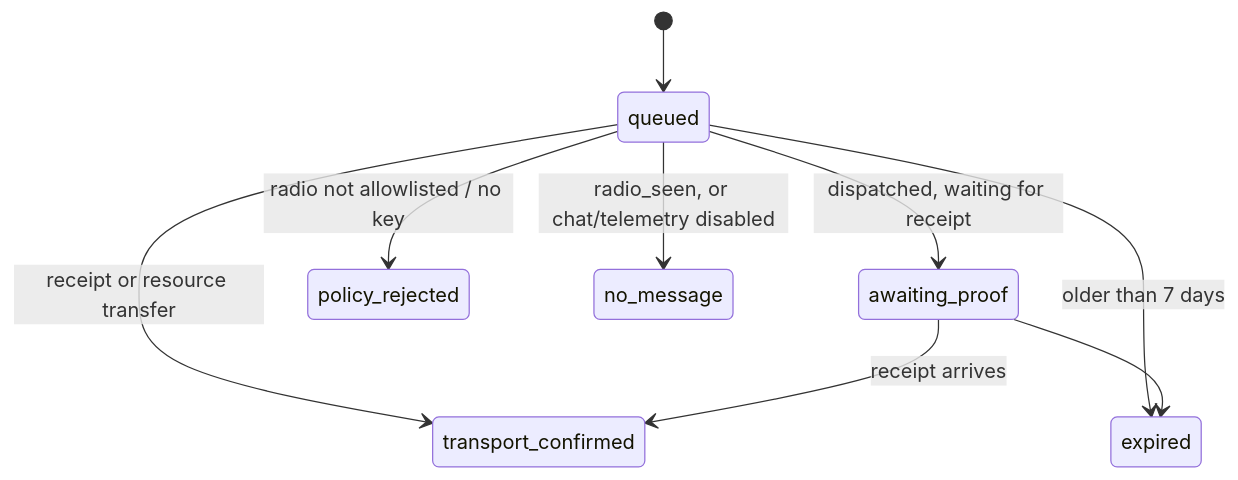
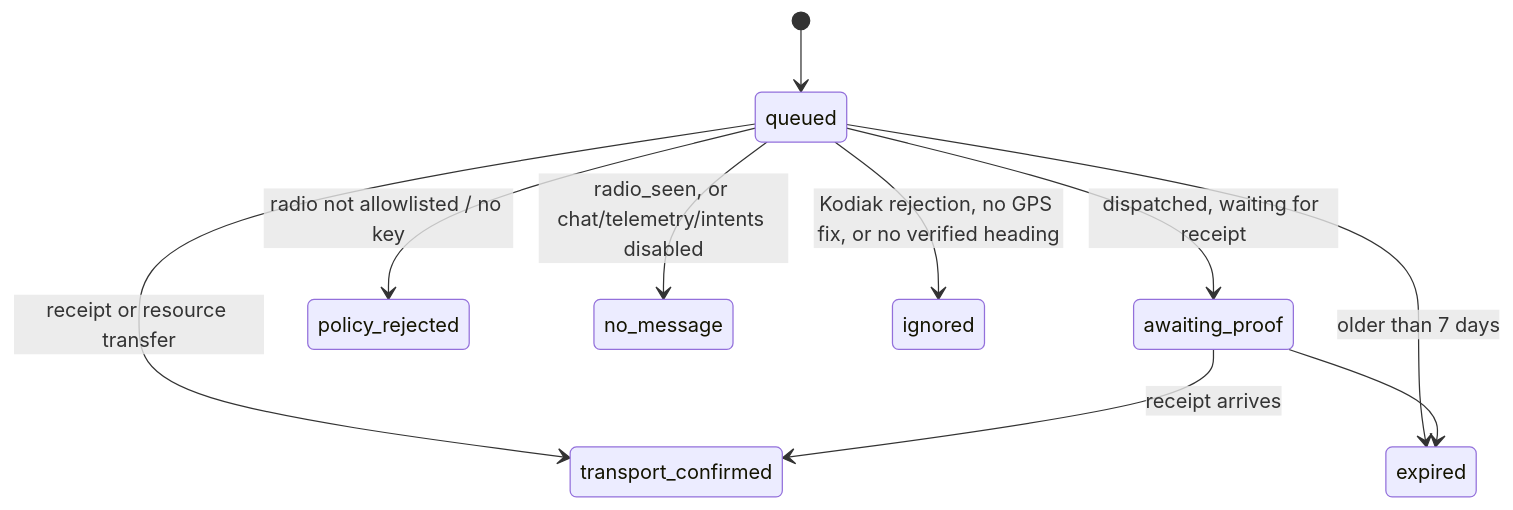
Before and after one commit to FreeTAKTeam/sigil: the third of 3 diagrams in docs/developer-guide.md, drawn with Mermaid. The commit also changed other lines of this file and 60 other files, not shown here.

````diff
--- a/docs/developer-guide.md
+++ b/docs/developer-guide.md
@@ -236,11 +255,12 @@
 ```mermaid
 stateDiagram-v2
     [*] --> queued
     queued --> awaiting_proof: dispatched, waiting for receipt
     queued --> transport_confirmed: receipt or resource transfer
     awaiting_proof --> transport_confirmed: receipt arrives
     queued --> policy_rejected: radio not allowlisted / no key
-    queued --> no_message: radio_seen, or chat/telemetry disabled
+    queued --> no_message: radio_seen, or chat/telemetry/intents disabled
+    queued --> ignored: Kodiak rejection, no GPS fix, or no verified heading
     queued --> expired: older than 7 days
     awaiting_proof --> expired
 ```
````
